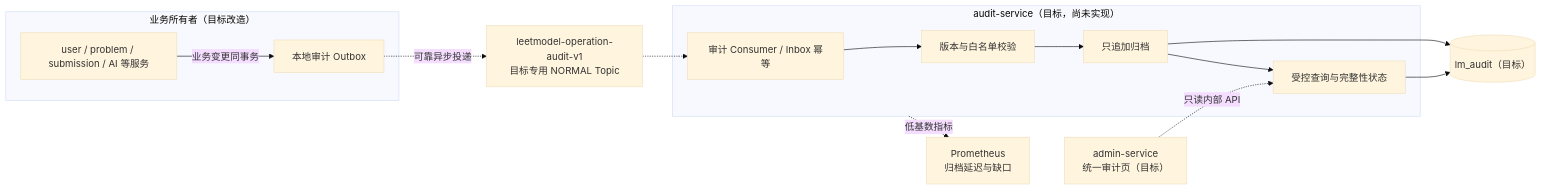
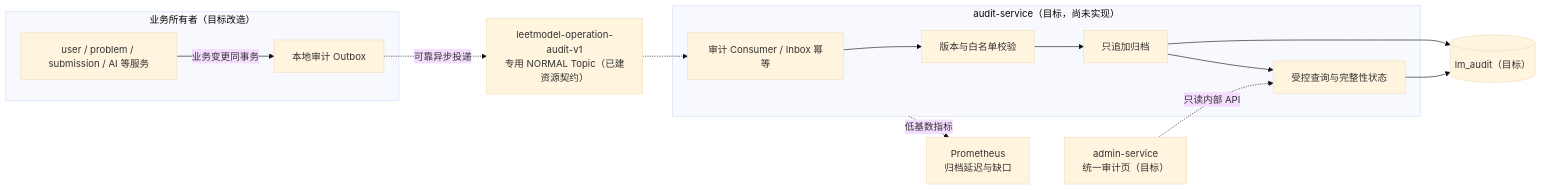
One commit to Dorian7Alden/LeetModel changed the diagram in docs/project/03-微服务设计/audit-service/README.md. Above: the diagram before and after it, drawn with Mermaid (base theme). The commit also changed other lines of this file and 6 other files, not shown here.

````diff
--- a/docs/project/03-微服务设计/audit-service/README.md
+++ b/docs/project/03-微服务设计/audit-service/README.md
@@ -10,29 +10,29 @@
 ```mermaid
 flowchart LR
     subgraph owners["业务所有者（目标改造）"]
         domains["user / problem / submission / AI 等服务"]
         outbox["本地审计 Outbox"]
         domains -->|"业务变更同事务"| outbox
     end
 
-    topic["leetmodel-operation-audit-v1<br/>目标专用 NORMAL Topic"]
+    topic["leetmodel-operation-audit-v1<br/>专用 NORMAL Topic（已建资源契约）"]
 
     subgraph audit["audit-service（目标，尚未实现）"]
         consumer["审计 Consumer / Inbox 幂等"]
         validator["版本与白名单校验"]
         archive["只追加归档"]
         query["受控查询与完整性状态"]
         consumer --> validator --> archive
         archive --> query
     end
 
     auditDb[("lm_audit（目标）")]
     admin["admin-service<br/>统一审计页（目标）"]
     prometheus["Prometheus<br/>归档延迟与缺口"]
 
     outbox -. "可靠异步投递" .-> topic -.-> consumer
     archive --> auditDb
     query --> auditDb
     admin -. "只读内部 API" .-> query
     audit -. "低基数指标" .-> prometheus
 ```
````
